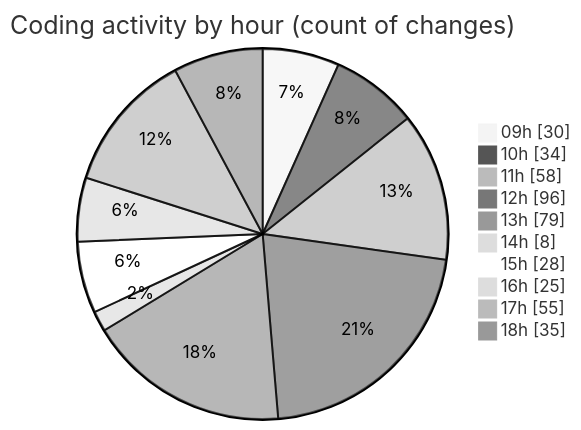
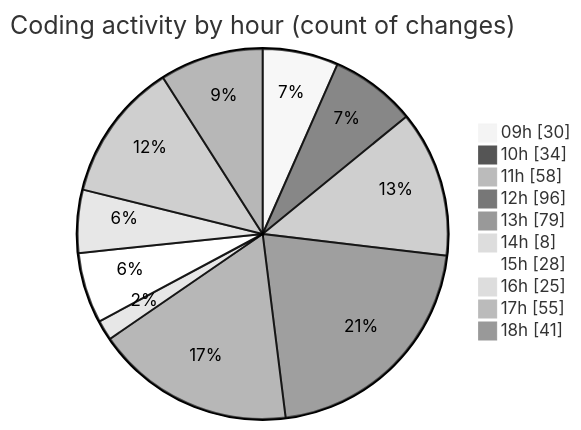
The second of 2 diagrams in 2025-04-02/cda/README.md (momahboobian/code-tracking), drawn with Mermaid (neutral theme) before and after one commit. The commit also changed other lines of this file and 1 other file, not shown here.

````diff
--- a/2025-04-02/cda/README.md
+++ b/2025-04-02/cda/README.md
@@ -40,14 +40,14 @@
 ```mermaid
 pie showData
 title Coding activity by hour (count of changes)
 "09h" : 30
 "10h" : 34
 "11h" : 58
 "12h" : 96
 "13h" : 79
 "14h" : 8
 "15h" : 28
 "16h" : 25
 "17h" : 55
-"18h" : 35
+"18h" : 41
 ```
````
